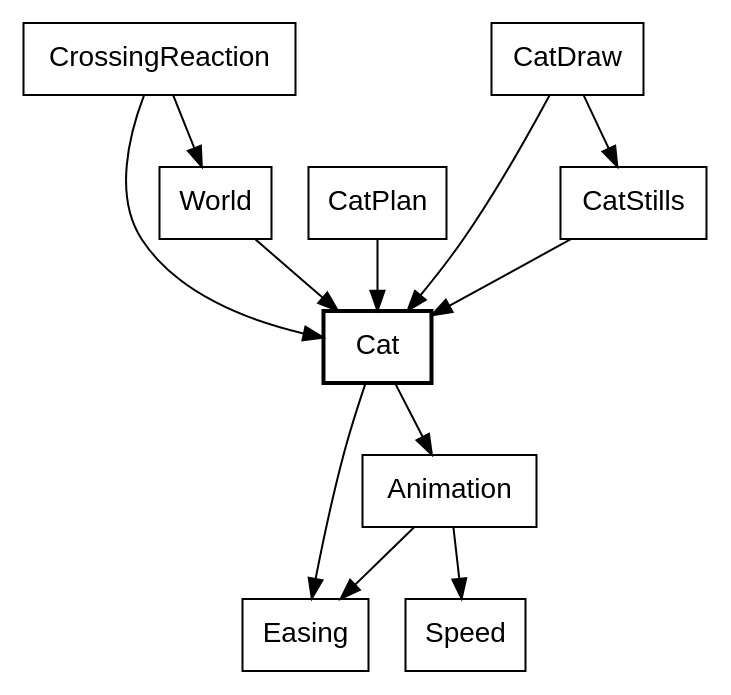
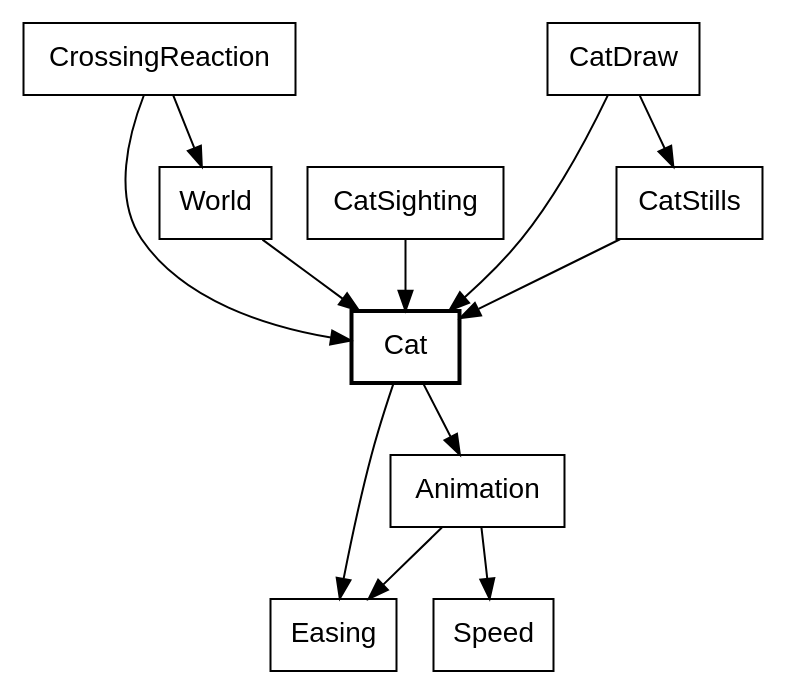
The fifth of 7 diagrams in canvas_apps/safari/tutorial/tutorial.md (showell/roc-apps), drawn with Graphviz before and after one commit. The commit also changed other lines of this file and 31 other files, not shown here.

````diff
--- a/canvas_apps/safari/tutorial/tutorial.md
+++ b/canvas_apps/safari/tutorial/tutorial.md
@@ -204,17 +204,17 @@
 ```dot
 digraph cat {
   node [shape=box, fontname="Helvetica"];
   Cat [style=bold];
   World -> Cat;
   CrossingReaction -> Cat;
   CrossingReaction -> World;
-  CatPlan -> Cat;
+  CatSighting -> Cat;
   CatDraw -> Cat;
   CatDraw -> CatStills;
   CatStills -> Cat;
   Cat -> Animation;
   Cat -> Easing;
   Animation -> Easing;
   Animation -> Speed;
 }
 ```
````
